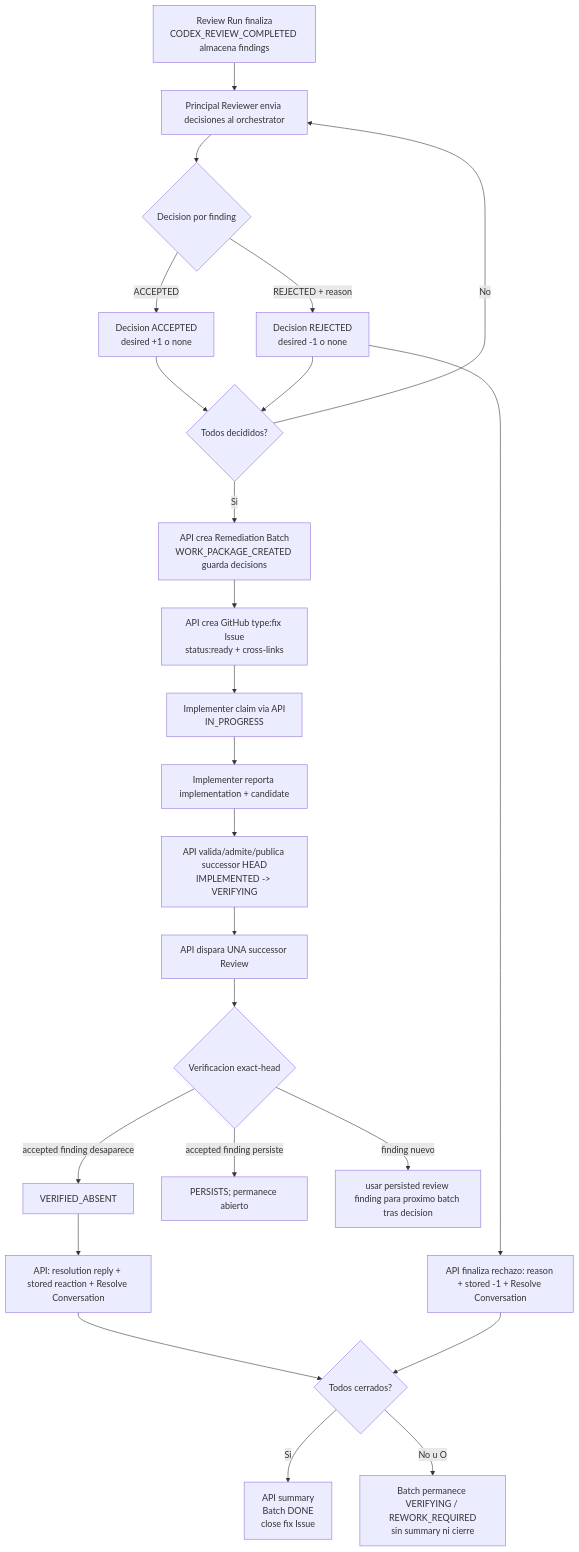
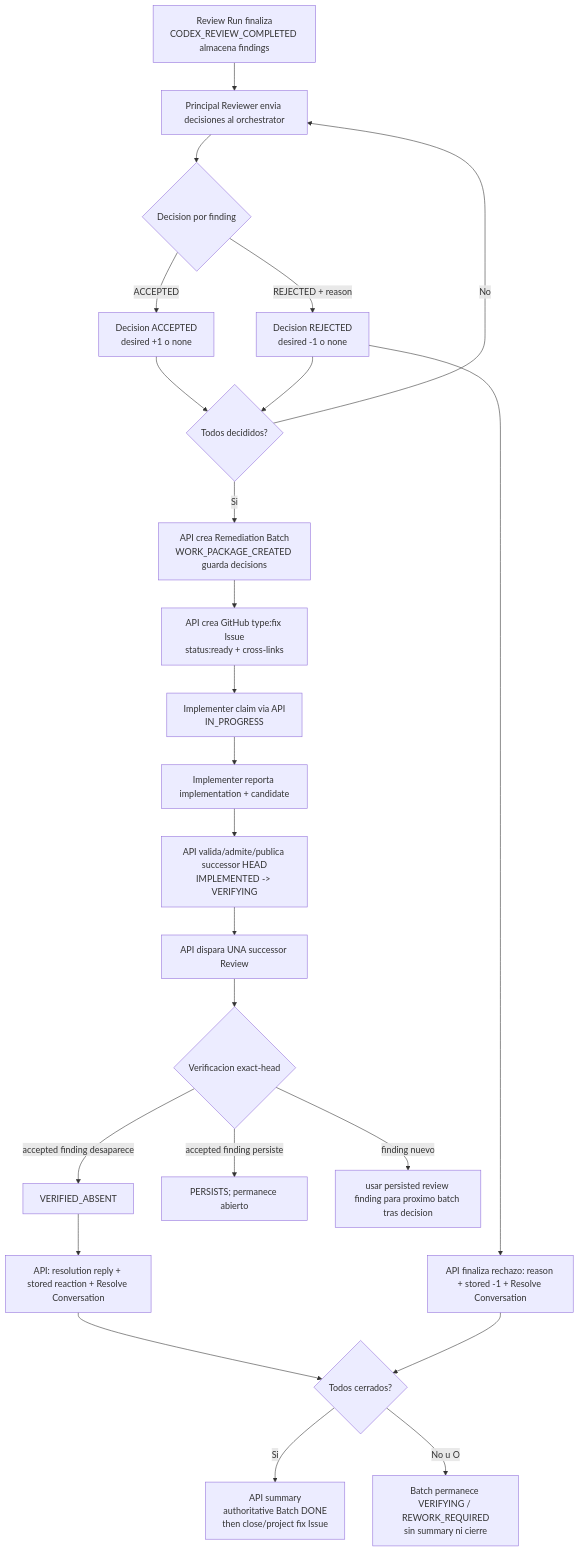
The fifth of 15 diagrams in docs/architecture/control-plane-technical-architecture.md (DEAMBROGGI/FirstContact-ControlPlane), drawn with Mermaid before and after one commit. The commit also changed other lines of this file and 11 other files, not shown here.

```diff
--- a/docs/architecture/control-plane-technical-architecture.md
+++ b/docs/architecture/control-plane-technical-architecture.md
@@ -257,29 +257,29 @@
 ~~~mermaid
 flowchart TD
     A["Review Run finaliza<br/>CODEX_REVIEW_COMPLETED almacena findings"] --> B["Principal Reviewer envia decisiones al orchestrator"]
     B --> C{"Decision por finding"}
     C -->|ACCEPTED| D["Decision ACCEPTED<br/>desired +1 o none"]
     C -->|REJECTED + reason| E["Decision REJECTED<br/>desired -1 o none"]
     D --> F{"Todos decididos?"}
     E --> F
     F -->|No| B
     F -->|Si| G["API crea Remediation Batch<br/>WORK_PACKAGE_CREATED guarda decisions"]
     G --> H["API crea GitHub type:fix Issue<br/>status:ready + cross-links"]
     H --> I["Implementer claim via API<br/>IN_PROGRESS"]
     I --> J["Implementer reporta implementation + candidate"]
     J --> K["API valida/admite/publica successor HEAD<br/>IMPLEMENTED -> VERIFYING"]
     K --> L["API dispara UNA successor Review"]
     L --> M{"Verificacion exact-head"}
 
     M -->|"accepted finding desaparece"| N["VERIFIED_ABSENT"]
     M -->|"accepted finding persiste"| O["PERSISTS; permanece abierto"]
     M -->|"finding nuevo"| P["usar persisted review finding para proximo batch tras decision"]
 
     N --> Q["API: resolution reply + stored reaction + Resolve Conversation"]
     E --> R["API finaliza rechazo: reason + stored -1 + Resolve Conversation"]
 
     Q --> S{"Todos cerrados?"}
     R --> S
-    S -->|Si| T["API summary<br/>Batch DONE<br/>close fix Issue"]
+    S -->|Si| T["API summary<br/>authoritative Batch DONE<br/>then close/project fix Issue"]
     S -->|No u O| U["Batch permanece VERIFYING / REWORK_REQUIRED<br/>sin summary ni cierre"]
 ~~~
```
